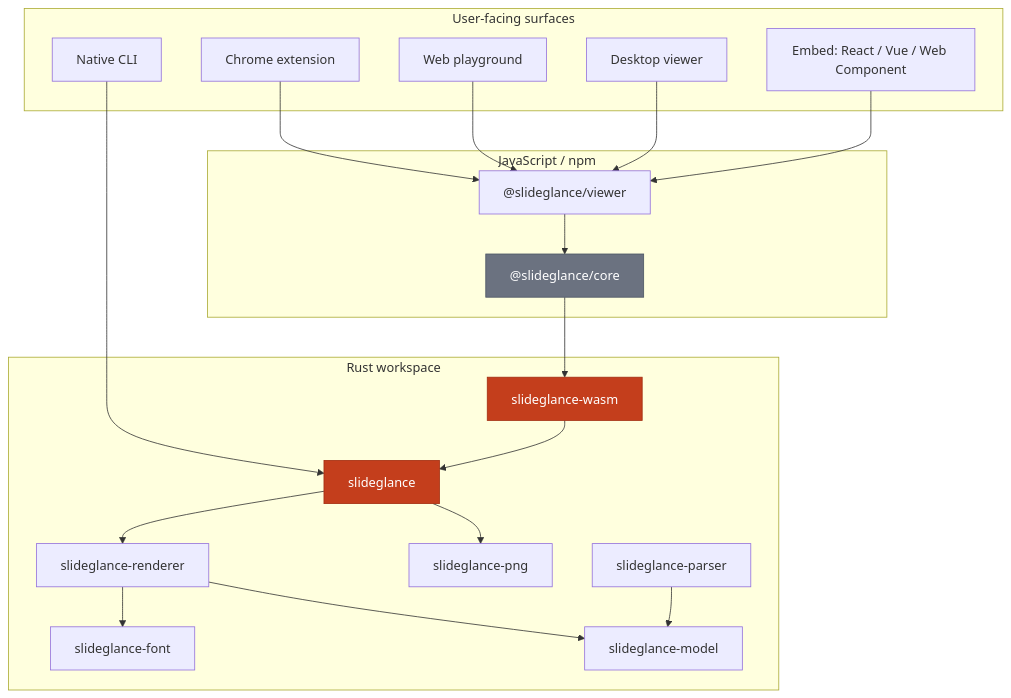
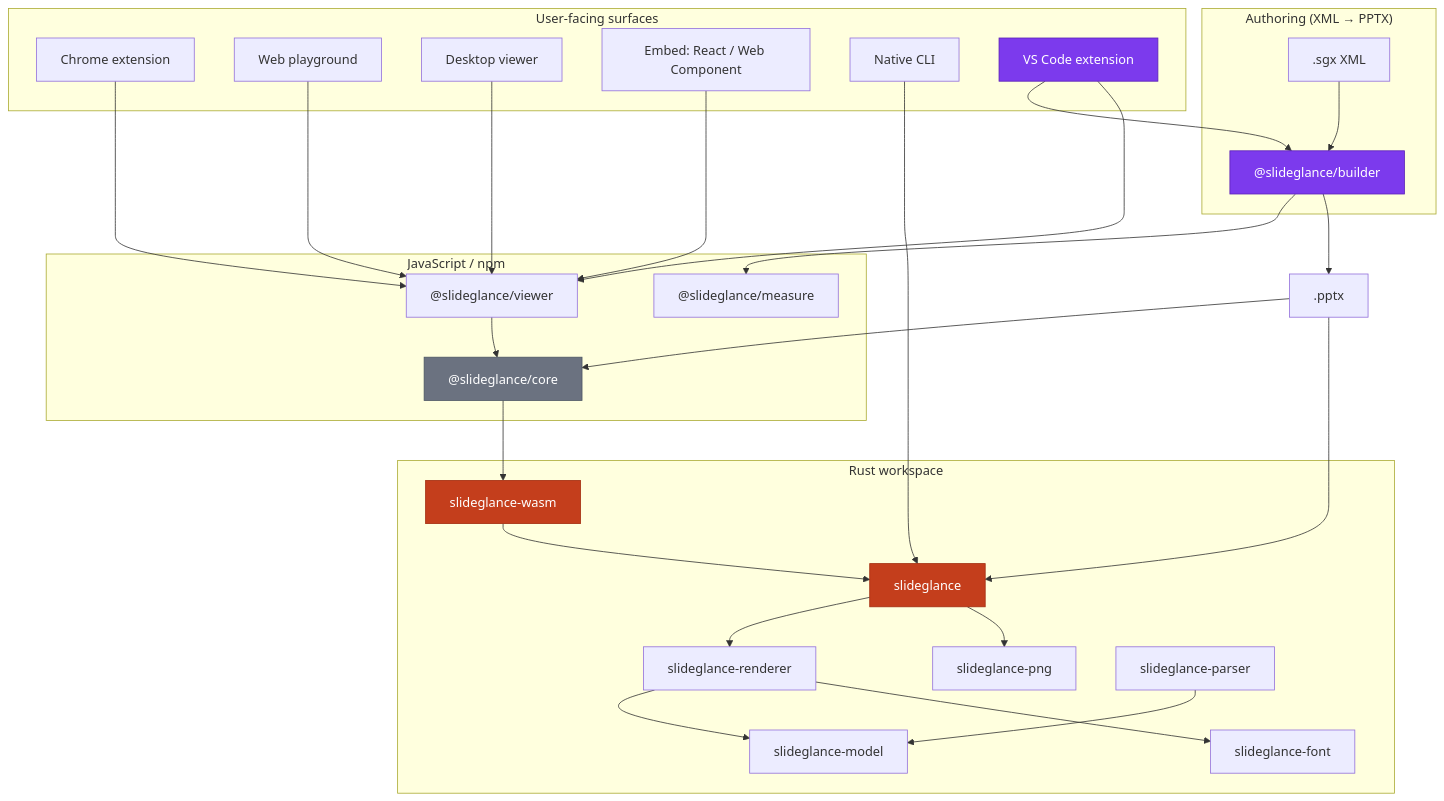
The second of 2 diagrams in README.md (SlideGlance/slideglance), drawn with Mermaid before and after one commit. The commit also changed other lines of this file and 131 other files, not shown here.

````diff
--- a/README.md
+++ b/README.md
@@ -241,43 +298,60 @@
 ```mermaid
 graph TB
     subgraph User-facing surfaces
         CRX[Chrome extension]
         PG[Web playground]
         DV[Desktop viewer]
-        EMB["Embed: React / Vue / Web Component"]
+        EMB["Embed: React / Web Component"]
         CLI["Native CLI"]
+        VSC["VS Code extension"]
     end
 
-    subgraph JavaScript / npm
+    subgraph "Authoring (XML → PPTX)"
+        SGX[".sgx XML"]
+        BLD["@slideglance/builder"]
+    end
+
+    subgraph "JavaScript / npm"
         VW["@slideglance/viewer"]
         CR["@slideglance/core"]
+        MS["@slideglance/measure"]
     end
 
-    subgraph Rust workspace
+    subgraph "Rust workspace"
         WASM[slideglance-wasm]
         UMB[slideglance]
         REND[slideglance-renderer]
         PNG[slideglance-png]
         FONT[slideglance-font]
         PRS[slideglance-parser]
         MOD[slideglance-model]
     end
 
+    SGX --> BLD
+    BLD --> PPTX[".pptx"]
+    PPTX --> CR
+    PPTX --> UMB
+
     CRX --> VW
     PG --> VW
     DV --> VW
     EMB --> VW
+    VSC --> VW
+    VSC --> BLD
     VW --> CR
+    BLD --> MS
     CR --> WASM
     CLI --> UMB
     WASM --> UMB
     UMB --> PNG
     UMB --> REND
     REND --> FONT
     REND --> MOD
     PRS --> MOD
 
     style WASM fill:#c43e1c,color:#fff,stroke:#a32d10
     style UMB fill:#c43e1c,color:#fff,stroke:#a32d10
     style CR fill:#6b7280,color:#fff,stroke:#4b5563
+    style BLD fill:#7c3aed,color:#fff,stroke:#5b21b6
+    style VSC fill:#7c3aed,color:#fff,stroke:#5b21b6
 ```
````
